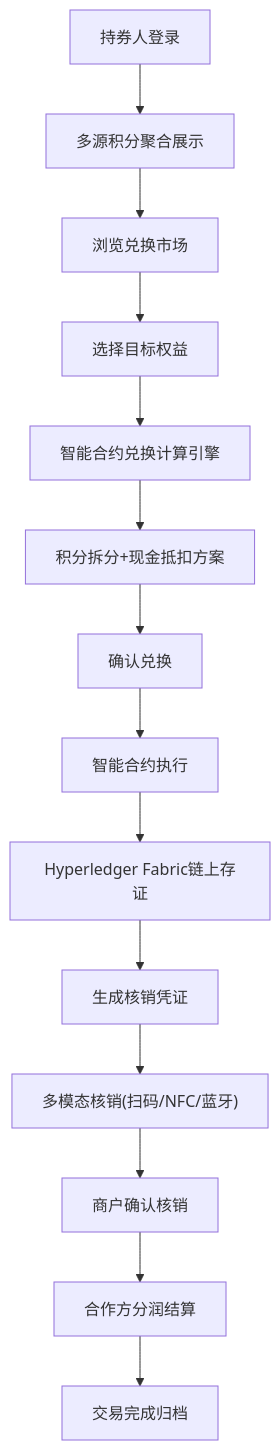
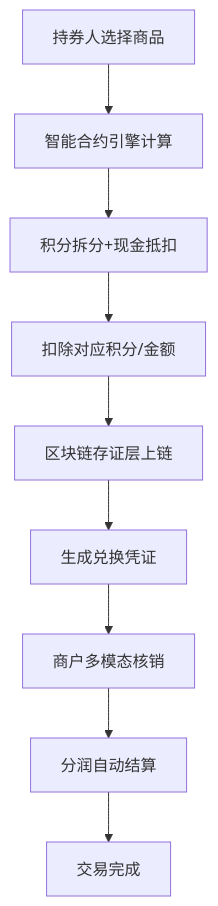
The first of 2 diagrams in .trae/documents/PRD-跨平台数字权益融合兑付平台.md (ccpen199/Trae-solo), drawn with Mermaid before and after one commit. The commit also changed other lines of this file and 42 other files, not shown here.

````diff
--- a/.trae/documents/PRD-跨平台数字权益融合兑付平台.md
+++ b/.trae/documents/PRD-跨平台数字权益融合兑付平台.md
@@ -70,16 +55,11 @@
 ```mermaid
 flowchart TD
-    A["持券人登录"] --> B["多源积分聚合展示"]
-    B --> C["浏览兑换市场"]
-    C --> D["选择目标权益"]
-    D --> E["智能合约兑换计算引擎"]
-    E --> F["积分拆分+现金抵扣方案"]
-    F --> G["确认兑换"]
-    G --> H["智能合约执行"]
-    H --> I["Hyperledger Fabric链上存证"]
-    I --> J["生成核销凭证"]
-    J --> K["多模态核销(扫码/NFC/蓝牙)"]
-    K --> L["商户确认核销"]
-    L --> M["合作方分润结算"]
-    M --> N["交易完成归档"]
+    A["持券人选择商品"] --> B["智能合约引擎计算"]
+    B --> C["积分拆分+现金抵扣"]
+    C --> D["扣除对应积分/金额"]
+    D --> E["区块链存证层上链"]
+    E --> F["生成兑换凭证"]
+    F --> G["商户多模态核销"]
+    G --> H["分润自动结算"]
+    H --> I["交易完成"]
 ```
````
